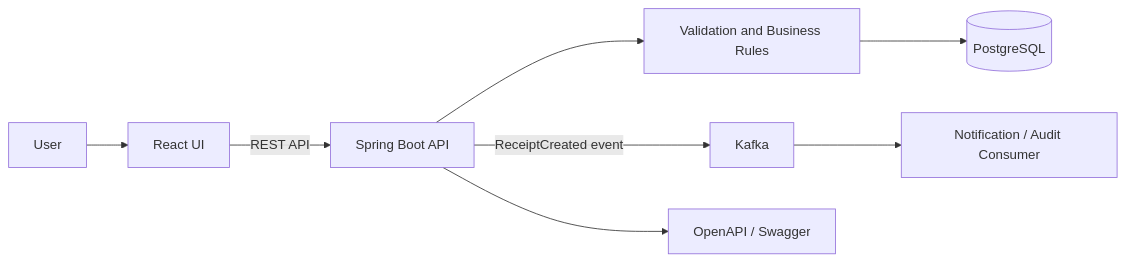
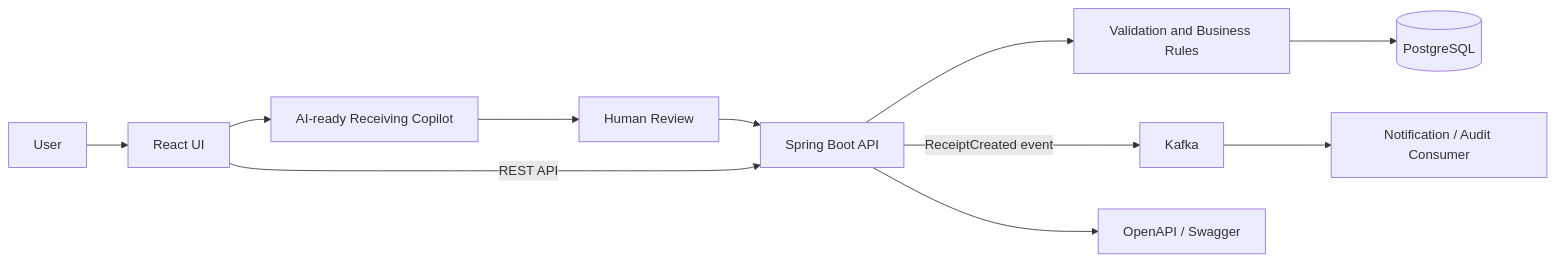
Before and after one commit to ShrutiSingh-89/inventory-receipt-platform: the diagram in README.md, drawn with Mermaid. The commit also changed other lines of this file and 27 other files, not shown here.

Commit message:
Add AI-assisted receiving copilot

````diff
--- a/README.md
+++ b/README.md
@@ -23,10 +28,13 @@
 ```mermaid
 flowchart LR
   U[User] --> R[React UI]
+  R --> A[AI-ready Receiving Copilot]
+  A --> H[Human Review]
+  H --> S
   R -->|REST API| S[Spring Boot API]
   S --> V[Validation and Business Rules]
   V --> D[(PostgreSQL)]
   S -->|ReceiptCreated event| K[Kafka]
   K --> C[Notification / Audit Consumer]
   S --> O[OpenAPI / Swagger]
 ```
````
